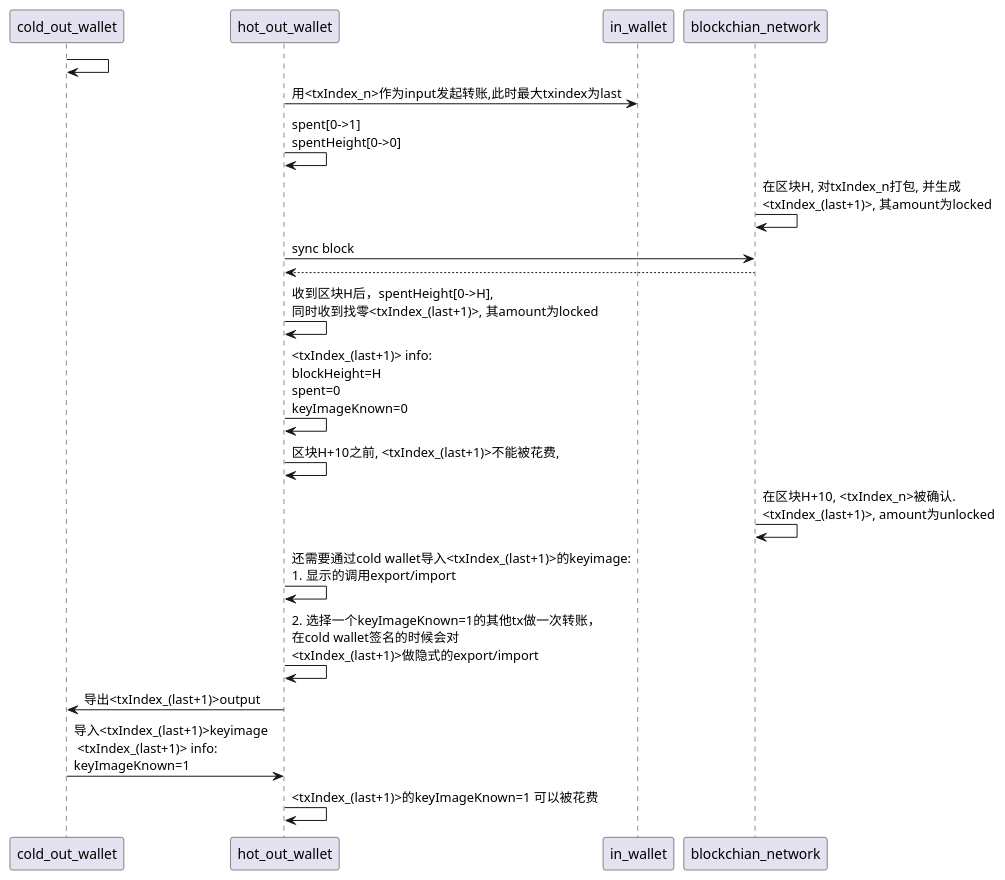
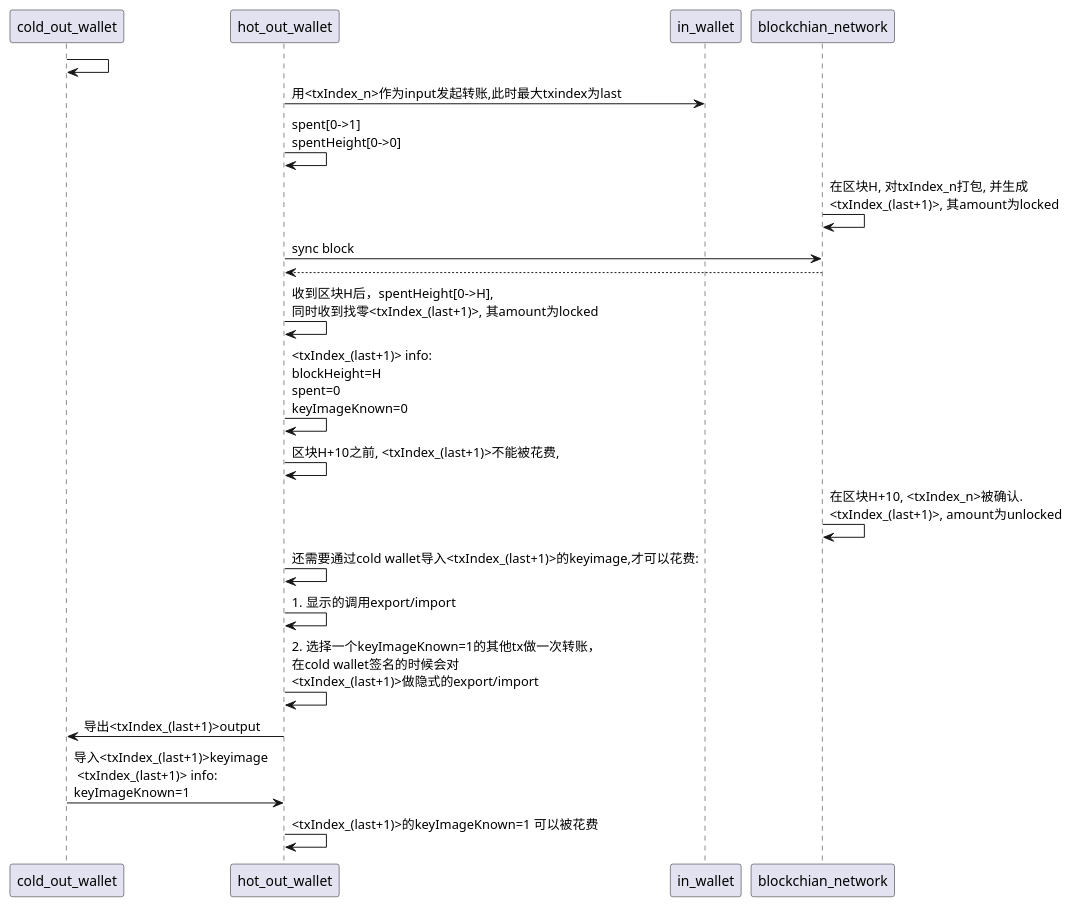
The diagram in uml/xmr/transfer.puml (cmdpos/gaia), drawn with PlantUML before and after one commit. The commit also changed 1 other file, not shown here.

```diff
--- a/uml/xmr/transfer.puml
+++ b/uml/xmr/transfer.puml
@@ -1,35 +1,37 @@
 @startuml
 cold_out_wallet -> cold_out_wallet
 
 hot_out_wallet -> in_wallet: 用<txIndex_n>作为input发起转账,此时最大txindex为last
 
 hot_out_wallet -> hot_out_wallet: spent[0->1]\nspentHeight[0->0]
 
 
 
 blockchian_network -> blockchian_network: 在区块H, 对txIndex_n打包, 并生成\n<txIndex_(last+1)>, 其amount为locked
 
 
 hot_out_wallet -> blockchian_network: sync block
 hot_out_wallet <-- blockchian_network:
 
 hot_out_wallet -> hot_out_wallet: 收到区块H后，spentHeight[0->H],\n同时收到找零<txIndex_(last+1)>, 其amount为locked
 
 hot_out_wallet -> hot_out_wallet: <txIndex_(last+1)> info:\nblockHeight=H \nspent=0 \nkeyImageKnown=0
 
 hot_out_wallet -> hot_out_wallet: 区块H+10之前, <txIndex_(last+1)>不能被花费,
 
 blockchian_network -> blockchian_network: 在区块H+10, <txIndex_n>被确认.\n<txIndex_(last+1)>, amount为unlocked
 
-hot_out_wallet -> hot_out_wallet: 还需要通过cold wallet导入<txIndex_(last+1)>的keyimage:\n1. 显示的调用export/import
+hot_out_wallet -> hot_out_wallet: 还需要通过cold wallet导入<txIndex_(last+1)>的keyimage,才可以花费:
+
+hot_out_wallet -> hot_out_wallet: 1. 显示的调用export/import
 hot_out_wallet -> hot_out_wallet: 2. 选择一个keyImageKnown=1的其他tx做一次转账，\n在cold wallet签名的时候会对\n<txIndex_(last+1)>做隐式的export/import
 
 
 hot_out_wallet -> cold_out_wallet: 导出<txIndex_(last+1)>output
 
 cold_out_wallet -> hot_out_wallet: 导入<txIndex_(last+1)>keyimage\n <txIndex_(last+1)> info:\nkeyImageKnown=1
 
 hot_out_wallet -> hot_out_wallet: <txIndex_(last+1)>的keyImageKnown=1 可以被花费
 
 
 @enduml
```
